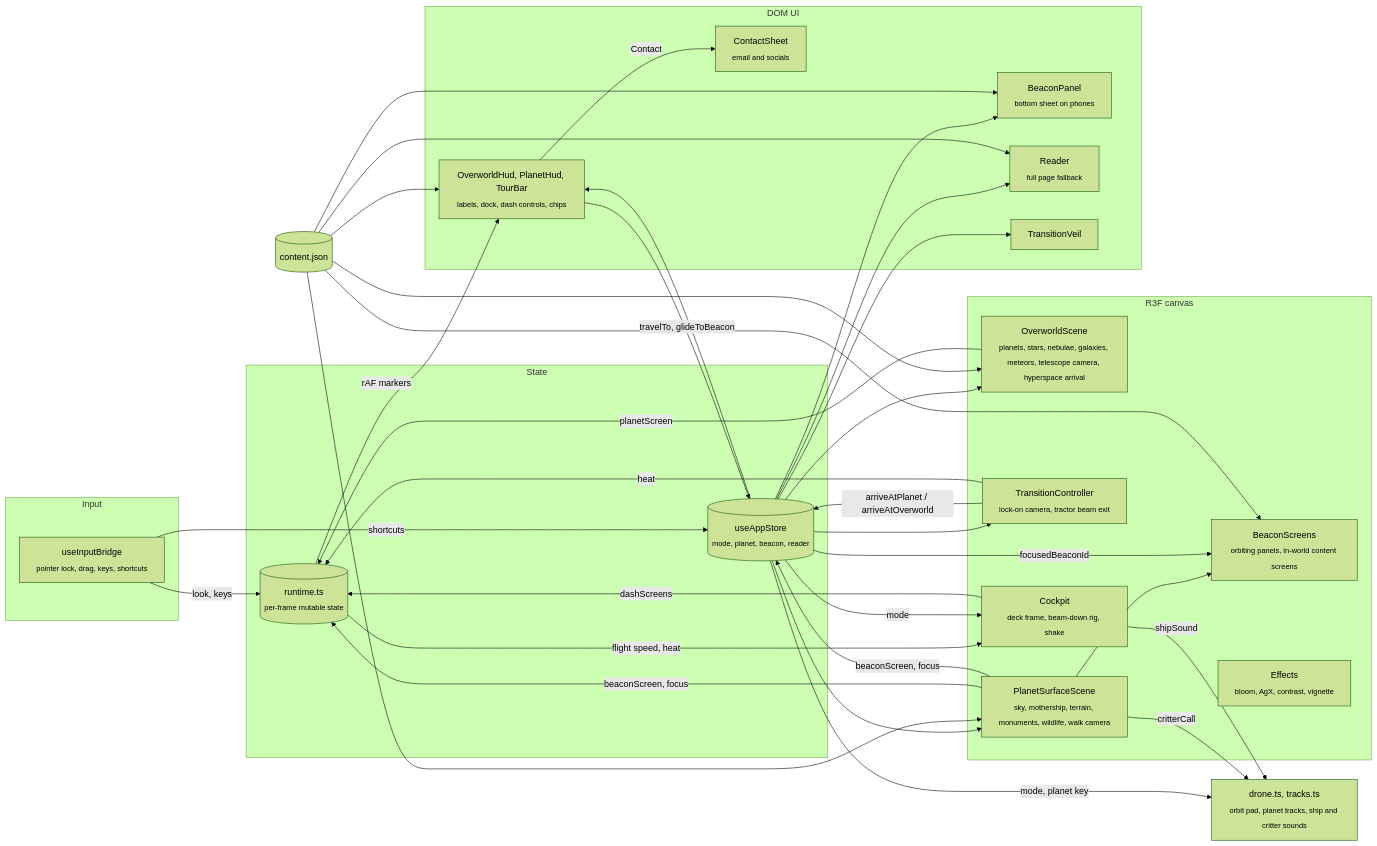
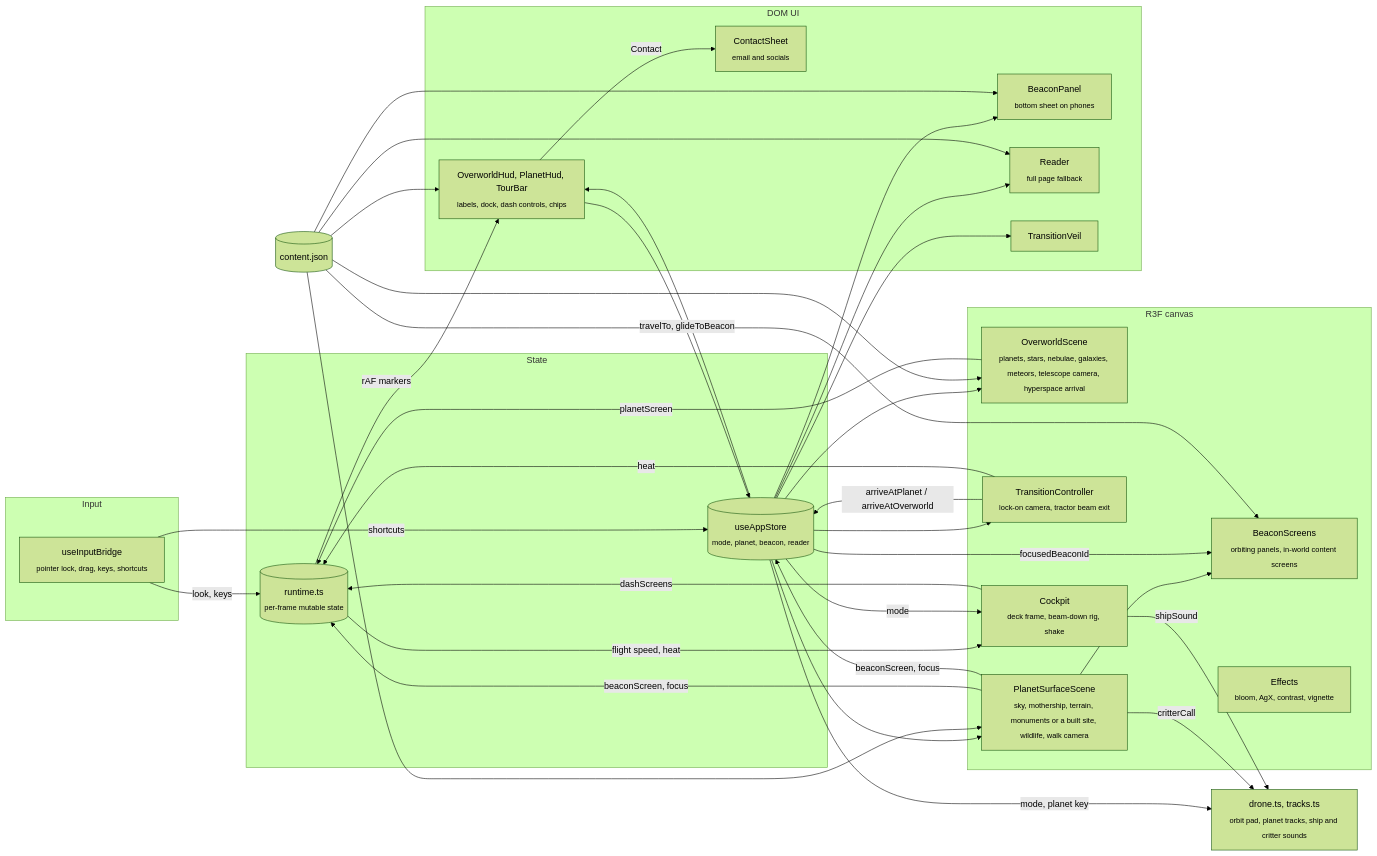
The first of 2 diagrams in README.md (teddycitrus/portfolio), drawn with Mermaid (forest theme) before and after one commit. The commit also changed other lines of this file and 14 other files, not shown here.

````diff
--- a/README.md
+++ b/README.md
@@ -19,47 +19,47 @@
 ```mermaid
 flowchart LR
   subgraph Input
     bridge["useInputBridge<br/><sub>pointer lock, drag, keys, shortcuts</sub>"]
   end
   subgraph State
     store[("useAppStore<br/><sub>mode, planet, beacon, reader</sub>")]
     runtime[("runtime.ts<br/><sub>per-frame mutable state</sub>")]
   end
   subgraph Canvas["R3F canvas"]
     overworld["OverworldScene<br/><sub>planets, stars, nebulae, galaxies, meteors, telescope camera, hyperspace arrival</sub>"]
-    surface["PlanetSurfaceScene<br/><sub>sky, mothership, terrain, monuments, wildlife, walk camera</sub>"]
+    surface["PlanetSurfaceScene<br/><sub>sky, mothership, terrain, monuments or a built site, wildlife, walk camera</sub>"]
     screens["BeaconScreens<br/><sub>orbiting panels, in-world content screens</sub>"]
     transition["TransitionController<br/><sub>lock-on camera, tractor beam exit</sub>"]
     ship["Cockpit<br/><sub>deck frame, beam-down rig, shake</sub>"]
     fx["Effects<br/><sub>bloom, AgX, contrast, vignette</sub>"]
   end
   subgraph DOM["DOM UI"]
     hud["OverworldHud, PlanetHud, TourBar<br/><sub>labels, dock, dash controls, chips</sub>"]
     contact["ContactSheet<br/><sub>email and socials</sub>"]
     panel["BeaconPanel<br/><sub>bottom sheet on phones</sub>"]
     reader["Reader<br/><sub>full page fallback</sub>"]
     veil["TransitionVeil"]
   end
   content[("content.json")]
   drone["drone.ts, tracks.ts<br/><sub>orbit pad, planet tracks, ship and critter sounds</sub>"]
 
   bridge -->|"look, keys"| runtime
   bridge -->|"shortcuts"| store
   store --> overworld & surface & transition & hud & panel & reader & veil
   overworld -->|"planetScreen"| runtime
   surface -->|"beaconScreen, focus"| runtime & store
   runtime -->|"rAF markers"| hud
   surface --> screens
   surface -->|"critterCall"| drone
   store -->|"focusedBeaconId"| screens
   store -->|"mode, planet key"| drone
   content --> overworld & surface & hud & panel & reader & screens
   hud -->|"travelTo, glideToBeacon"| store
   transition -->|"arriveAtPlanet / arriveAtOverworld"| store
   transition -->|"heat"| runtime
   runtime -->|"flight speed, heat"| ship
   store -->|"mode"| ship
   ship -->|"shipSound"| drone
   ship -->|"dashScreens"| runtime
   hud -->|"Contact"| contact
 ```
````
